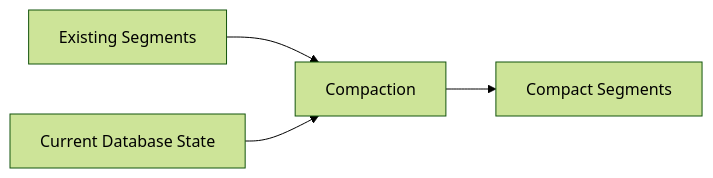
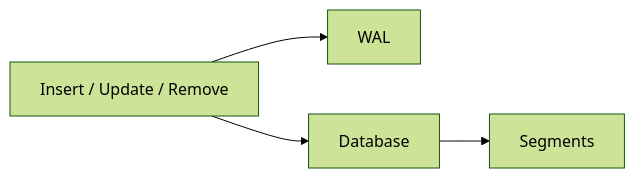
Before and after one commit to HandsOnDigits/EntityIdentifierResolver: the third of 3 diagrams in README.md, drawn with Mermaid (forest theme). The commit also changed other lines of this file, not shown here.

````diff
--- a/README.md
+++ b/README.md
@@ -655,14 +189,11 @@
 ```mermaid
 flowchart LR
-    OLD["Existing Segments"]
+    MUTATION["Insert / Update / Remove"]
+    WAL["WAL"]
+    DB["Database"]
+    SEGMENTS["Segments"]
 
-    COMPACT["Compaction"]
-
-    NEW["Compact Segments"]
-
-    DB["Current Database State"]
-
-    OLD --> COMPACT
-    DB --> COMPACT
-    COMPACT --> NEW
+    MUTATION --> WAL
+    MUTATION --> DB
+    DB --> SEGMENTS
 ```
````
